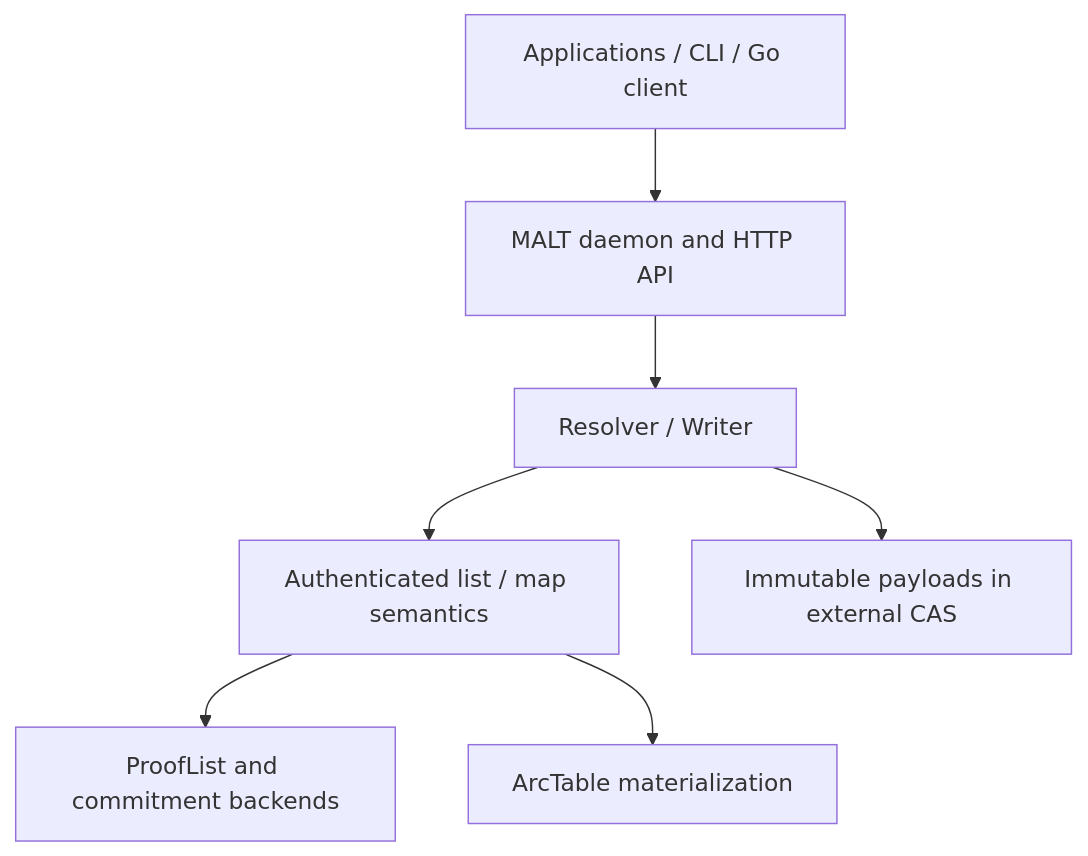
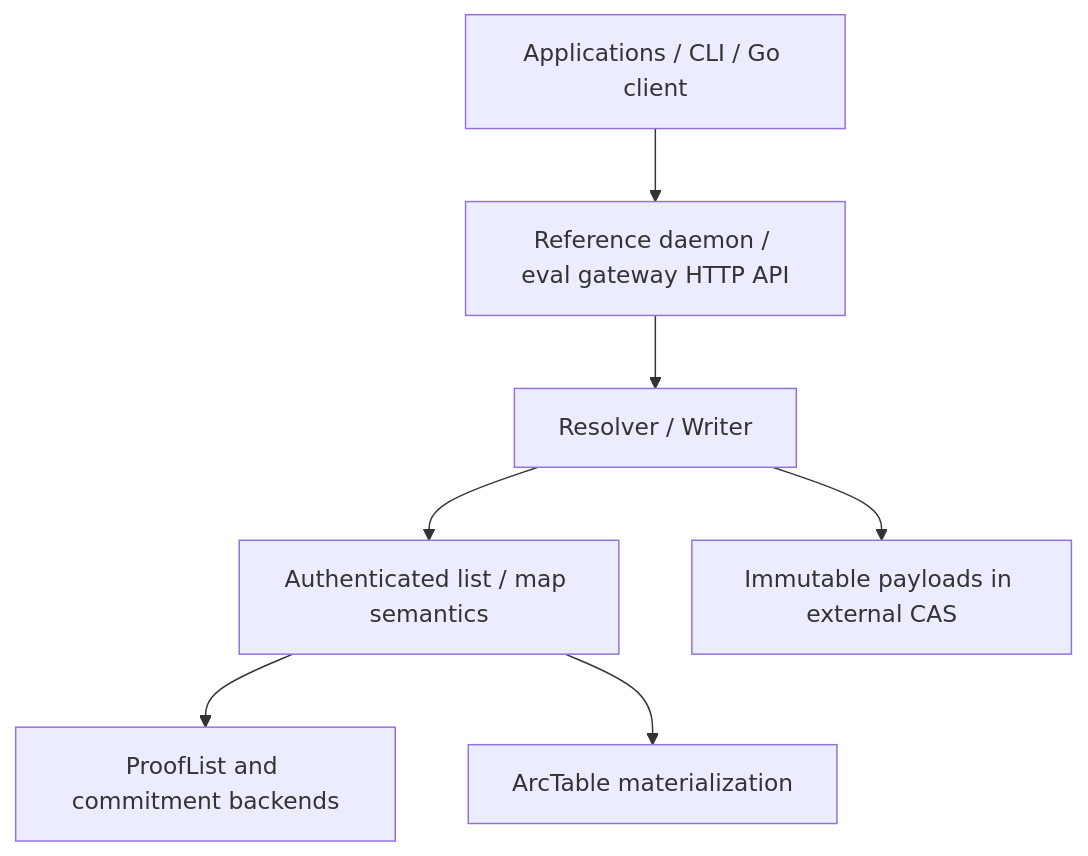
Before and after one commit to DeWebProtocol/malt: the diagram in README.md, drawn with Mermaid. The commit also changed other lines of this file and 3 other files, not shown here.

````diff
--- a/README.md
+++ b/README.md
@@ -53,9 +78,9 @@
 ```mermaid
 flowchart TB
-  app["Applications / CLI / Go client"] --> api["MALT daemon and HTTP API"]
+  app["Applications / CLI / Go client"] --> api["Reference daemon / eval gateway HTTP API"]
   api --> rw["Resolver / Writer"]
   rw --> semantics["Authenticated list / map semantics"]
   semantics --> proofs["ProofList and commitment backends"]
   semantics --> arctable["ArcTable materialization"]
   rw --> cas["Immutable payloads in external CAS"]
 ```
````
